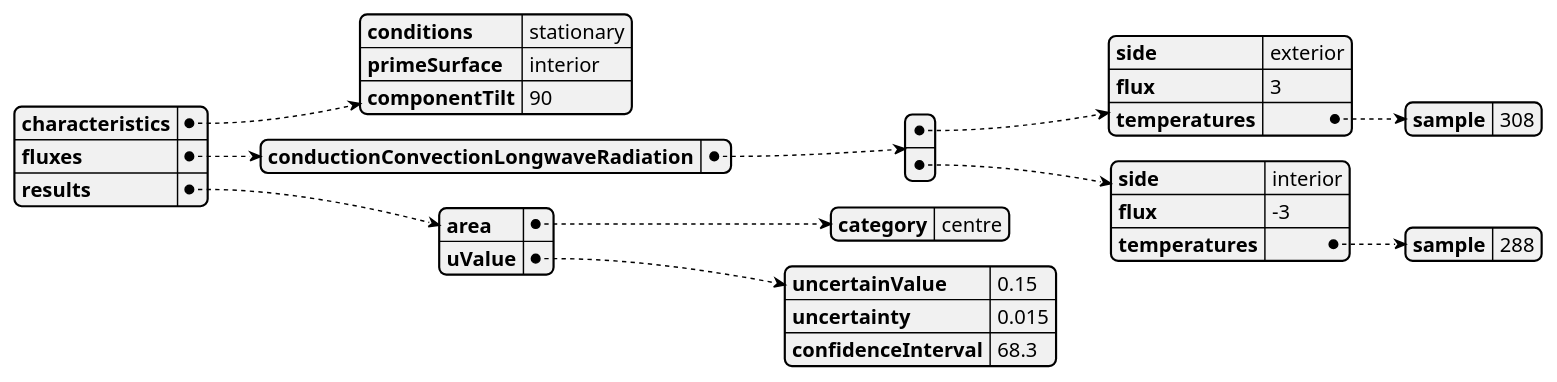
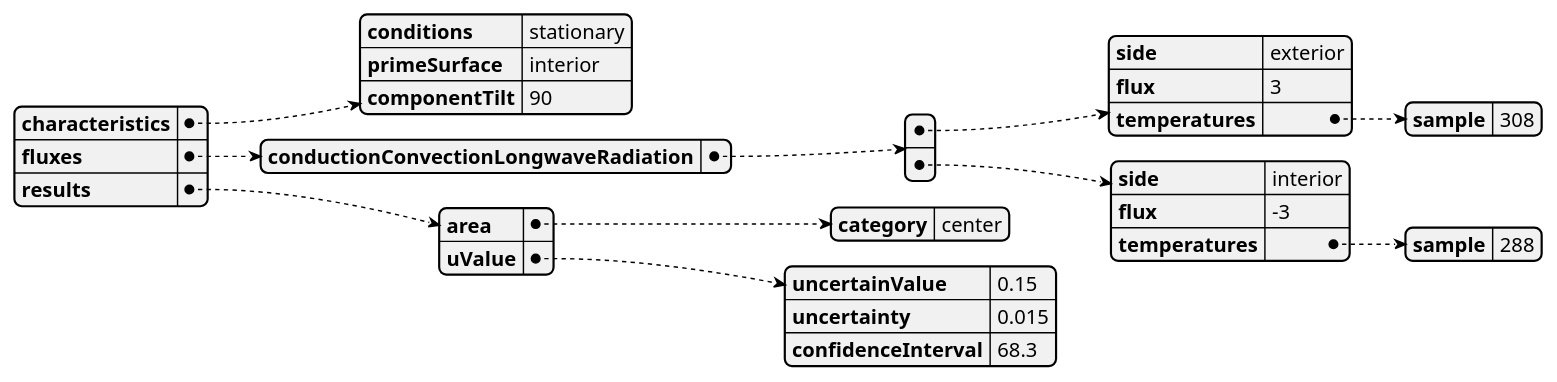
Before and after one commit to building-envelope-data/api: the diagram in docs/diagrams/src/calorimetricData/uValueOpaqueInsulationLayer.plantuml, drawn with PlantUML. The commit also changed 18 other files, not shown here.

Commit message:
Replace `centre` by `center`

```diff
--- a/docs/diagrams/src/calorimetricData/uValueOpaqueInsulationLayer.plantuml
+++ b/docs/diagrams/src/calorimetricData/uValueOpaqueInsulationLayer.plantuml
@@ -1,33 +1,33 @@
 @startjson uValueOpaqueInsulation
 {
   "characteristics": {
     "conditions": "stationary",
     "primeSurface": "interior",
     "componentTilt": 90
   },
   "fluxes": {
     "conductionConvectionLongwaveRadiation": [
       {
         "side": "exterior",
         "flux": 3,
         "temperatures": { "sample": 308 }
       },
       {
         "side": "interior",
         "flux": -3,
         "temperatures": { "sample": 288 }
       }
     ]
   },
   "results": {
     "area": {
-      "category": "centre"
+      "category": "center"
     },
     "uValue": {
       "uncertainValue": 0.15,
       "uncertainty": 0.015,
       "confidenceInterval": 68.3
     }
   }
 }
 @endjson
```
